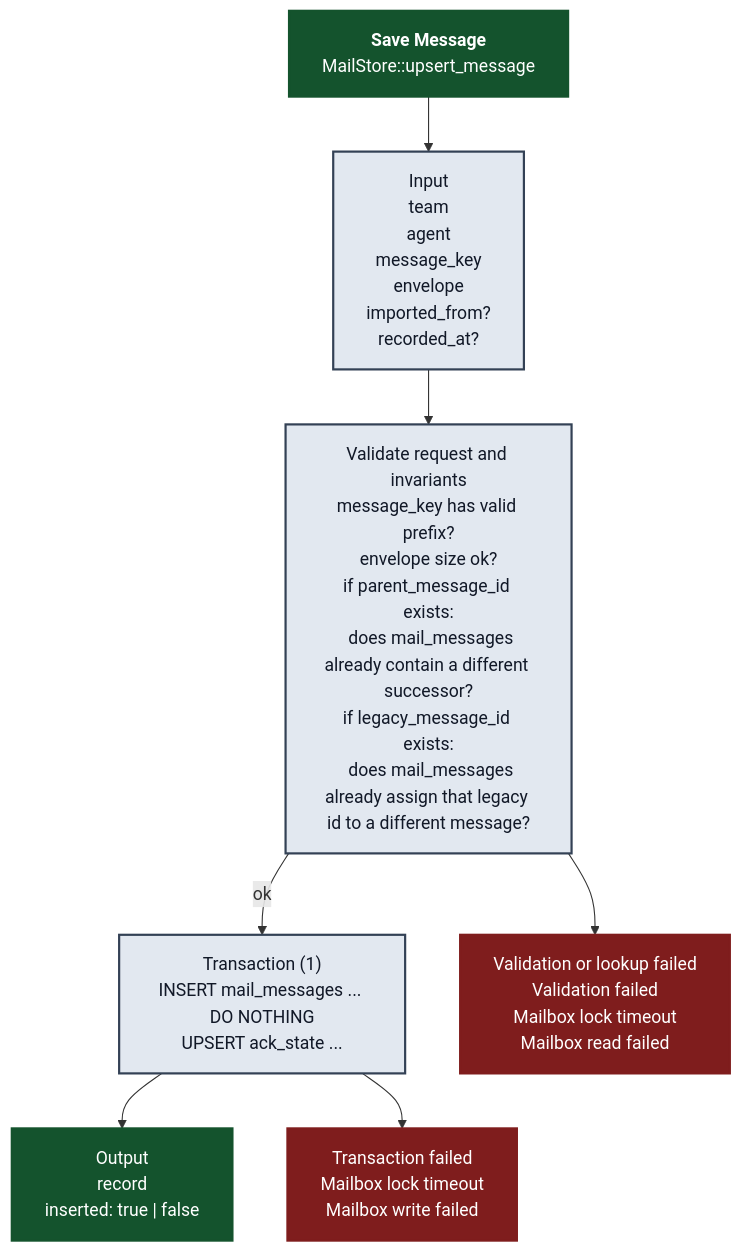
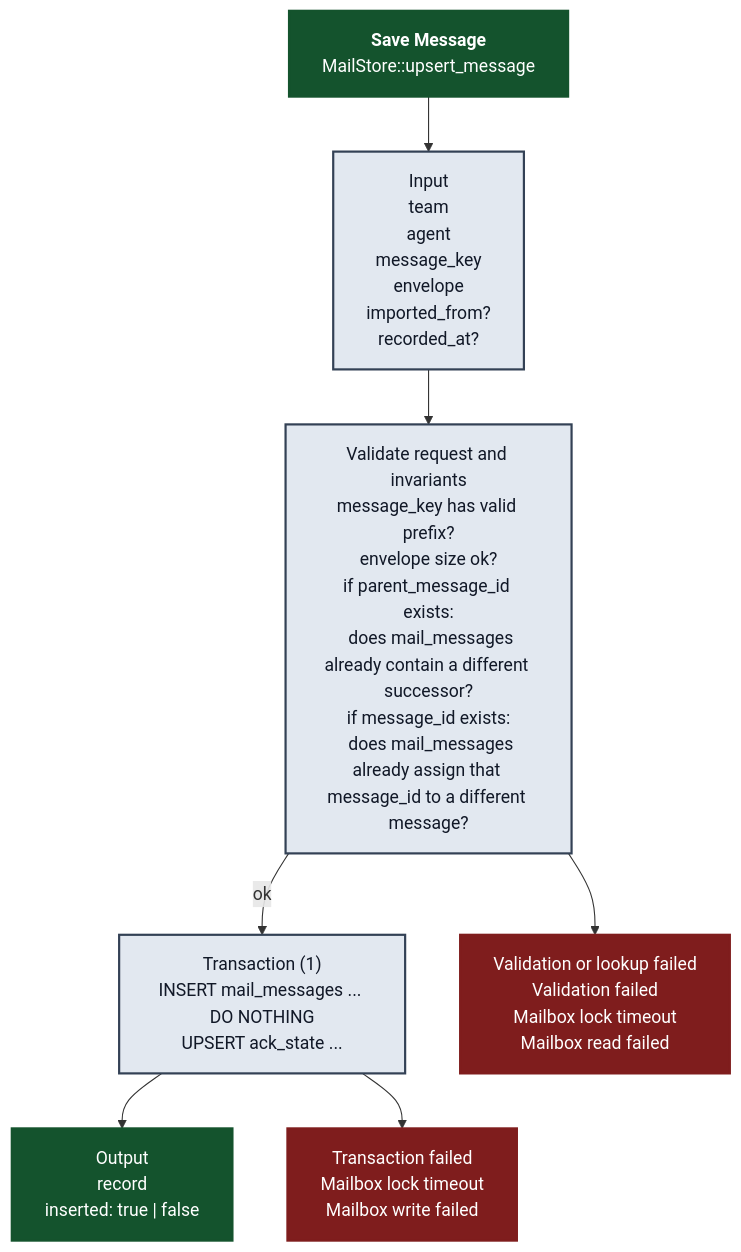
One commit to randlee/atm-core changed the diagram in docs/atm-rusqlite/sql_save-message.mmd. Above: the diagram before and after it, drawn with Mermaid. The commit also changed 44 other files, not shown here.

```diff
--- a/docs/atm-rusqlite/sql_save-message.mmd
+++ b/docs/atm-rusqlite/sql_save-message.mmd
@@ -1,44 +1,44 @@
 %% title: `Save Message`
 %% summary: SQLite boundary method `MailStore::upsert_message`.
 %% commentary: This SQL-boundary path shows the boundary contract first: input, validation, one transaction, output, and boundary-visible error classes.
 %% read_tables: mail_messages
 %% write_tables: mail_messages, ack_state
 %% notes: reads before write: 0..2 | writes: 2 | transactions: 1
 %% sets: query
 flowchart TD
     A["<b>Save Message</b><br/>MailStore::upsert_message"]
     A --> I["Input
 team
 agent
 message_key
 envelope
 imported_from?
 recorded_at?"]
     I --> V["Validate request and invariants
 message_key has valid prefix?
 envelope size ok?
 if parent_message_id exists:
   does mail_messages already contain a different successor?
-if legacy_message_id exists:
-  does mail_messages already assign that legacy id to a different message?"]
+if message_id exists:
+  does mail_messages already assign that message_id to a different message?"]
     V -->|ok| T["Transaction (1)
 INSERT mail_messages ... DO NOTHING
 UPSERT ack_state ..."]
     T --> O["Output
 record
 inserted: true | false"]
     V --> EV["Validation or lookup failed
 Validation failed
 Mailbox lock timeout
 Mailbox read failed"]
     T --> ET["Transaction failed
 Mailbox lock timeout
 Mailbox write failed"]
 
     classDef happy fill:#14532d,color:#ffffff,stroke:#14532d,stroke-width:2px;
     classDef error fill:#7f1d1d,color:#ffffff,stroke:#7f1d1d,stroke-width:2px;
     classDef neutral fill:#e2e8f0,color:#111827,stroke:#334155,stroke-width:2px;
 
     class A,O happy;
     class EV,ET error;
     class I,V,T neutral;
```
